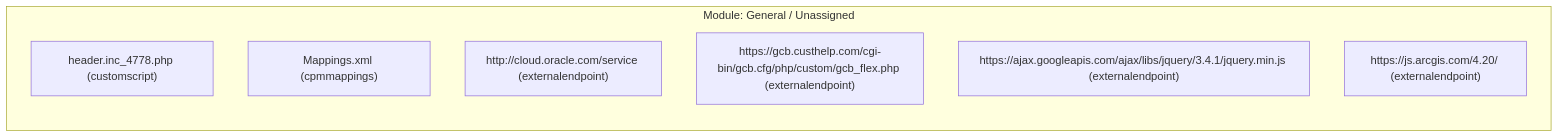
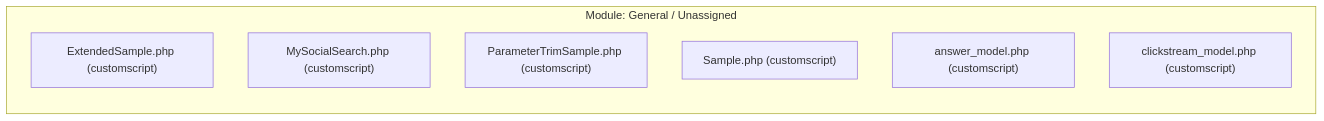
The second of 4 diagrams in results/COMPLETE_SYSTEM_MAPPING.md (SujalMatolia0/Config_Migration), drawn with Mermaid before and after one commit. The commit also changed other lines of this file and 47 other files, not shown here.

````diff
--- a/results/COMPLETE_SYSTEM_MAPPING.md
+++ b/results/COMPLETE_SYSTEM_MAPPING.md
@@ -86,11 +339,11 @@
 ```mermaid
 flowchart LR
   subgraph MOD_General___Unassigned ["Module: General / Unassigned"]
-    N_customscript_header_inc_4778_php["header.inc_4778.php (customscript)"]
-    N_cpmmappings_mappings_xml["Mappings.xml (cpmmappings)"]
-    N_externalendpoint_http___cloud_oracle_com_service["http://cloud.oracle.com/service (externalendpoint)"]
-    N_externalendpoint_https___gcb_custhelp_com_cgi_bin_gcb_cfg_php_custom_gcb_flex_php["https://gcb.custhelp.com/cgi-bin/gcb.cfg/php/custom/gcb_flex.php (externalendpoint)"]
-    N_externalendpoint_https___ajax_googleapis_com_ajax_libs_jquery_3_4_1_jquery_min_js["https://ajax.googleapis.com/ajax/libs/jquery/3.4.1/jquery.min.js (externalendpoint)"]
-    N_externalendpoint_https___js_arcgis_com_4_20_["https://js.arcgis.com/4.20/ (externalendpoint)"]
+    N_customscript_extendedsample_php["ExtendedSample.php (customscript)"]
+    N_customscript_mysocialsearch_php["MySocialSearch.php (customscript)"]
+    N_customscript_parametertrimsample_php["ParameterTrimSample.php (customscript)"]
+    N_customscript_sample_php["Sample.php (customscript)"]
+    N_customscript_answer_model_php["answer_model.php (customscript)"]
+    N_customscript_clickstream_model_php["clickstream_model.php (customscript)"]
   end
 ```
````
